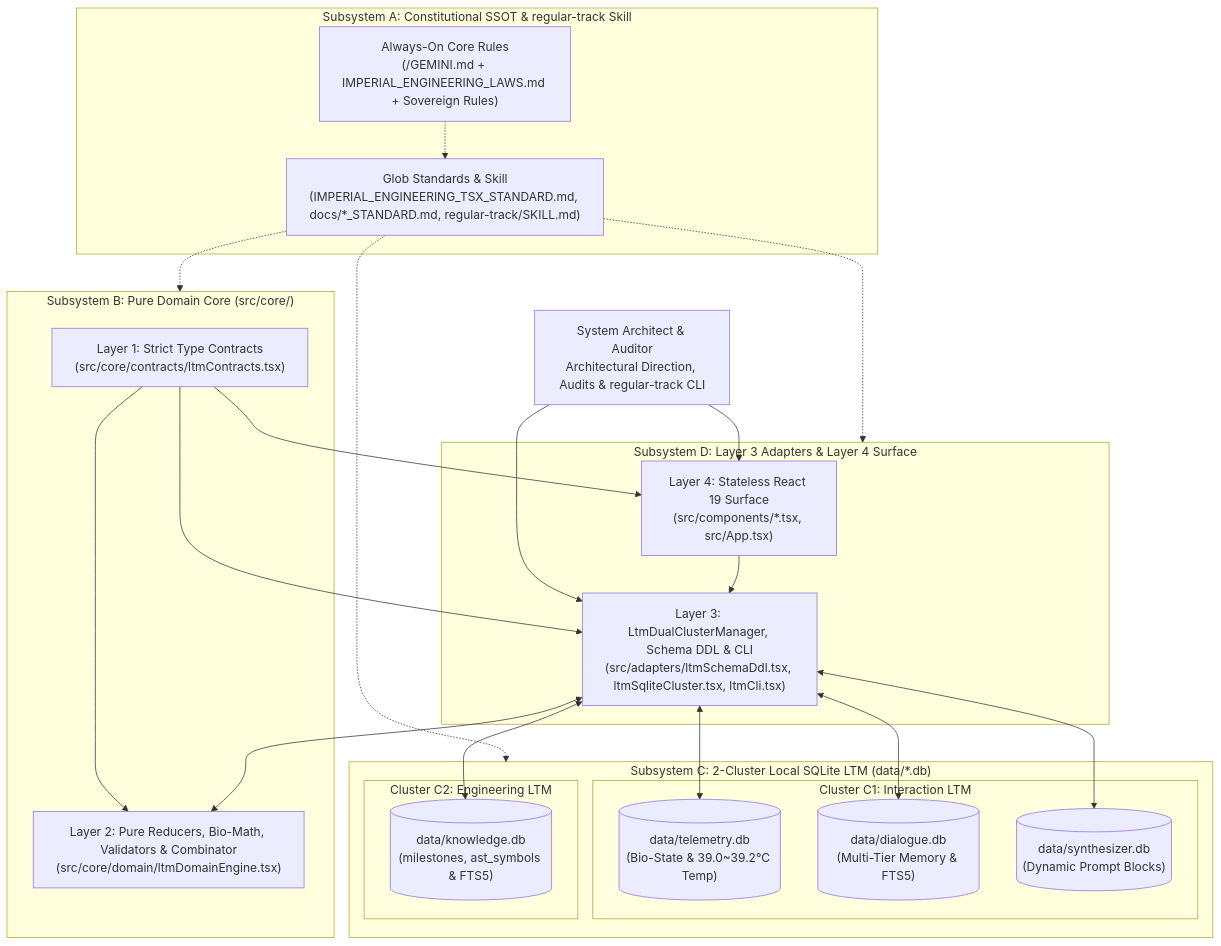
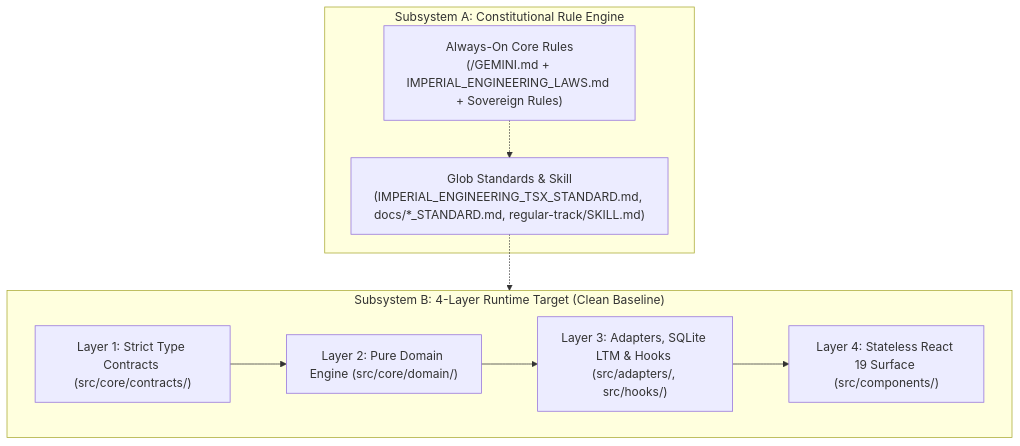
Before and after one commit to jinseobhong/eterna-luminas: the first of 3 diagrams in docs/ARCHITECTURE.md, drawn with Mermaid. The commit also changed other lines of this file and 14 other files, not shown here.

Commit message:
chore(src,tests,docs): reset src, tests, and data to clean baseline for incremental design

````diff
--- a/docs/ARCHITECTURE.md
+++ b/docs/ARCHITECTURE.md
@@ -13,38 +7,18 @@
 ```mermaid
 flowchart TB
-    Auditor["System Architect & Auditor<br/>Architectural Direction, Audits & regular-track CLI"]
-
-    subgraph SUB_CONST["Subsystem A: Constitutional SSOT & regular-track Skill"]
+    subgraph SUB_CONST["Subsystem A: Constitutional Rule Engine"]
         ROOT_RULES["Always-On Core Rules<br/>(/GEMINI.md + IMPERIAL_ENGINEERING_LAWS.md + Sovereign Rules)"]
         GLOB_RULES["Glob Standards & Skill<br/>(IMPERIAL_ENGINEERING_TSX_STANDARD.md, docs/*_STANDARD.md, regular-track/SKILL.md)"]
     end
 
-    subgraph SUB_CORE["Subsystem B: Pure Domain Core (src/core/)"]
-        L1["Layer 1: Strict Type Contracts<br/>(src/core/contracts/ltmContracts.tsx)"]
-        L2["Layer 2: Pure Reducers, Bio-Math, Validators & Combinator<br/>(src/core/domain/ltmDomainEngine.tsx)"]
+    subgraph SUB_RUNTIME["Subsystem B: 4-Layer Runtime Target (Clean Baseline)"]
+        L1["Layer 1: Strict Type Contracts (src/core/contracts/)"]
+        L2["Layer 2: Pure Domain Engine (src/core/domain/)"]
+        L3["Layer 3: Adapters, SQLite LTM & Hooks (src/adapters/, src/hooks/)"]
+        L4["Layer 4: Stateless React 19 Surface (src/components/)"]
     end
 
-    subgraph SUB_LTM["Subsystem C: 2-Cluster Local SQLite LTM (data/*.db)"]
-        subgraph CLUST_INT["Cluster C1: Interaction LTM"]
-            DB_TELE[("data/telemetry.db<br/>(Bio-State & 39.0~39.2°C Temp)")]
-            DB_DIAL[("data/dialogue.db<br/>(Multi-Tier Memory & FTS5)")]
-            DB_SYNTH[("data/synthesizer.db<br/>(Dynamic Prompt Blocks)")]
-        end
-        subgraph CLUST_ENG["Cluster C2: Engineering LTM"]
-            DB_KNOW[("data/knowledge.db<br/>(milestones, ast_symbols & FTS5)")]
-        end
-    end
-
-    subgraph SUB_SURF["Subsystem D: Layer 3 Adapters & Layer 4 Surface"]
-        L3["Layer 3: LtmDualClusterManager, Schema DDL & CLI<br/>(src/adapters/ltmSchemaDdl.tsx, ltmSqliteCluster.tsx, ltmCli.tsx)"]
-        L4["Layer 4: Stateless React 19 Surface<br/>(src/components/*.tsx, src/App.tsx)"]
-    end
-
-    Auditor --> L3 & L4
     ROOT_RULES -.-> GLOB_RULES
-    GLOB_RULES -.-> SUB_CORE & SUB_LTM & SUB_SURF
-    L4 --> L3
-    L3 <--> DB_SYNTH & DB_DIAL & DB_TELE & DB_KNOW
-    L1 --> L2 & L3 & L4
-    L3 <--> L2
+    GLOB_RULES -.-> SUB_RUNTIME
+    L1 --> L2 --> L3 --> L4
 ```
````
